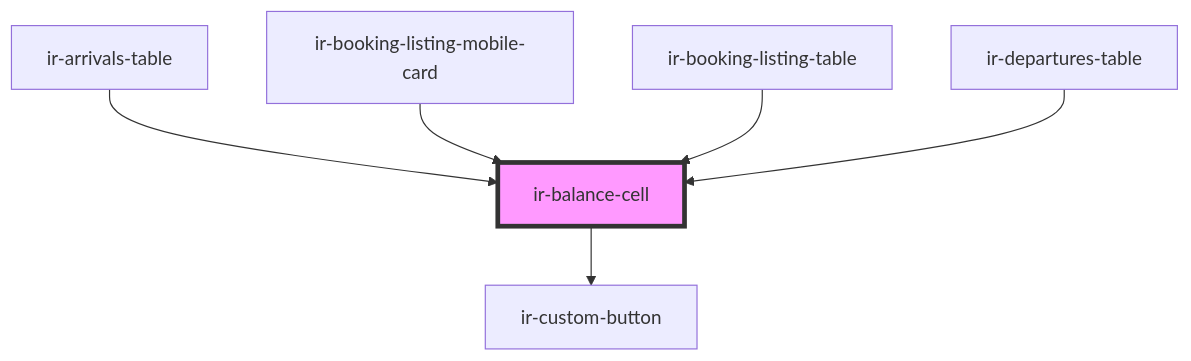
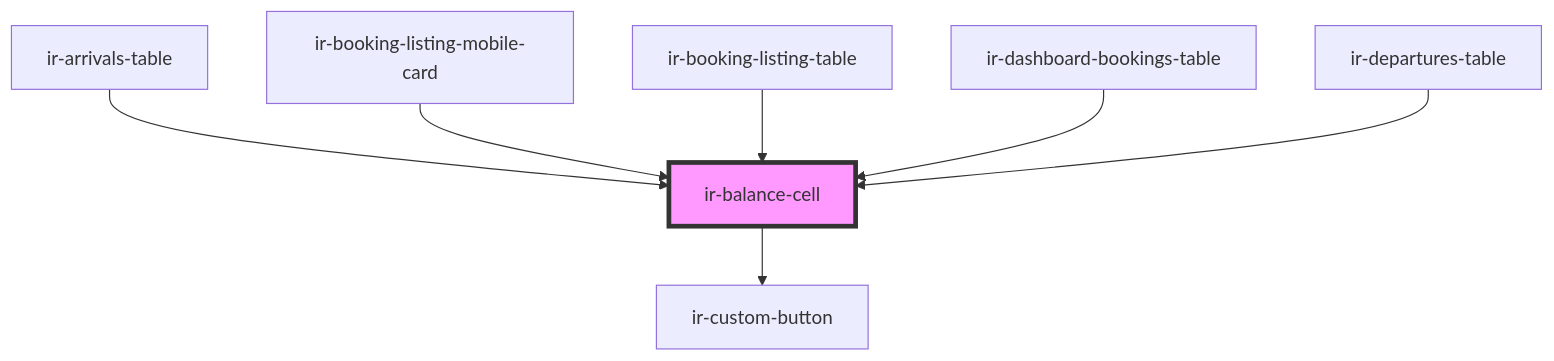
Before and after one commit to RonyRizk/ir-webcmp: the diagram in src/components/table-cells/booking/ir-balance-cell/readme.md, drawn with Mermaid. The commit also changed other lines of this file and 76 other files, not shown here.

````diff
--- a/src/components/table-cells/booking/ir-balance-cell/readme.md
+++ b/src/components/table-cells/booking/ir-balance-cell/readme.md
@@ -44,9 +45,10 @@
 ```mermaid
 graph TD;
   ir-balance-cell --> ir-custom-button
   ir-arrivals-table --> ir-balance-cell
   ir-booking-listing-mobile-card --> ir-balance-cell
   ir-booking-listing-table --> ir-balance-cell
+  ir-dashboard-bookings-table --> ir-balance-cell
   ir-departures-table --> ir-balance-cell
   style ir-balance-cell fill:#f9f,stroke:#333,stroke-width:4px
 ```
````
